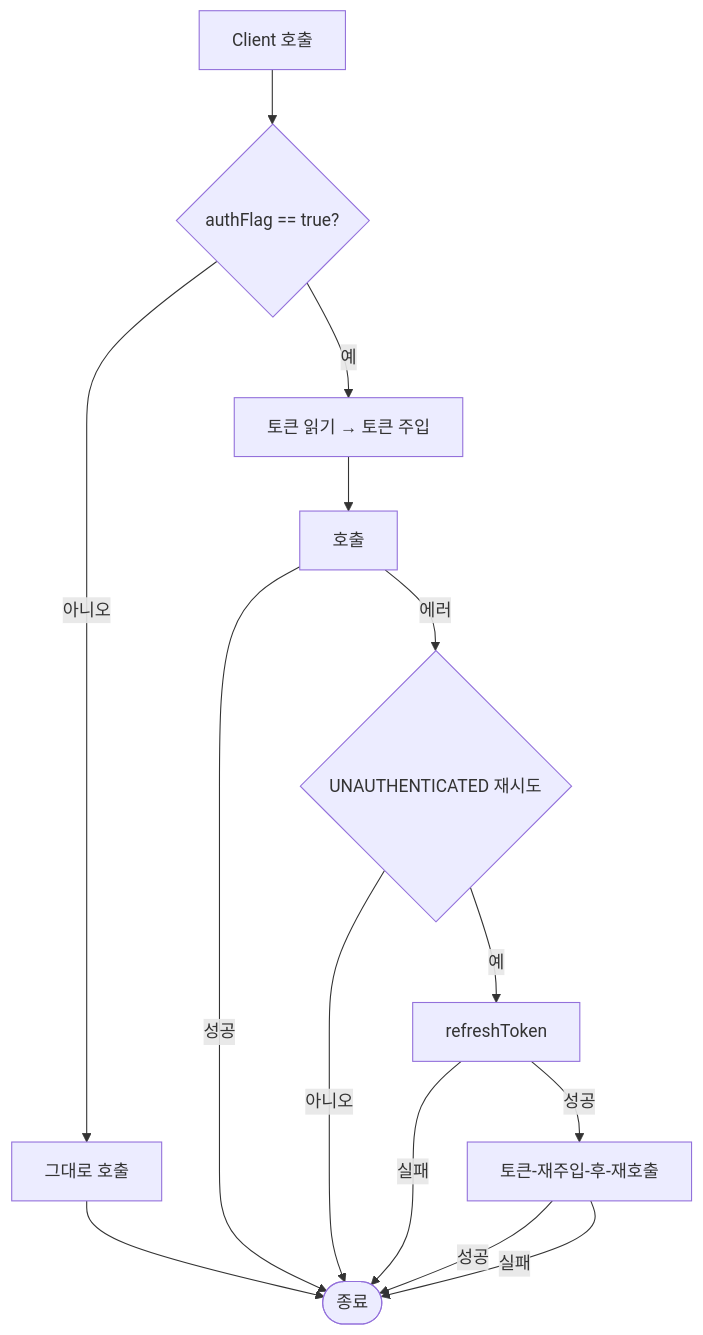
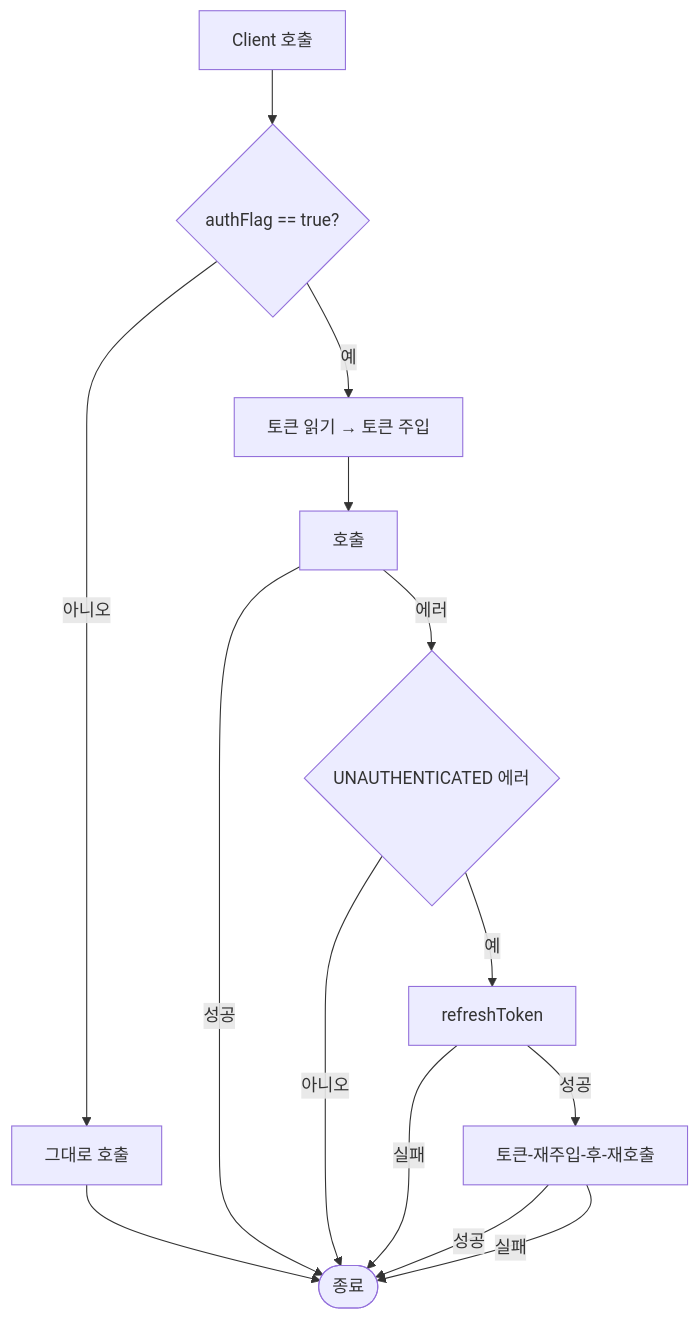
Before and after one commit to KoreanTuna/gRPC-demo: the first of 2 diagrams in README.md, drawn with Mermaid.

````diff
--- a/README.md
+++ b/README.md
@@ -32,21 +32,21 @@
 ```mermaid
 flowchart TD
     A[Client 호출]
     B{authFlag == true?}
     Z([종료])
 
     A --> B
     B -->|아니오| C[그대로 호출]
     C --> Z
 
     B -->|예| D[토큰 읽기 → 토큰 주입 ]
     D --> E[호출]
     E -->|성공| Z
-    E -->|에러| G{UNAUTHENTICATED 재시도}
+    E -->|에러| G{UNAUTHENTICATED 에러}
     G -->|아니오| Z
     G -->|예| H[refreshToken]
     H -->|실패| Z
     H -->|성공| J[토큰-재주입-후-재호출]
     J -->|성공| Z
     J -->|실패| Z
 ```
````
